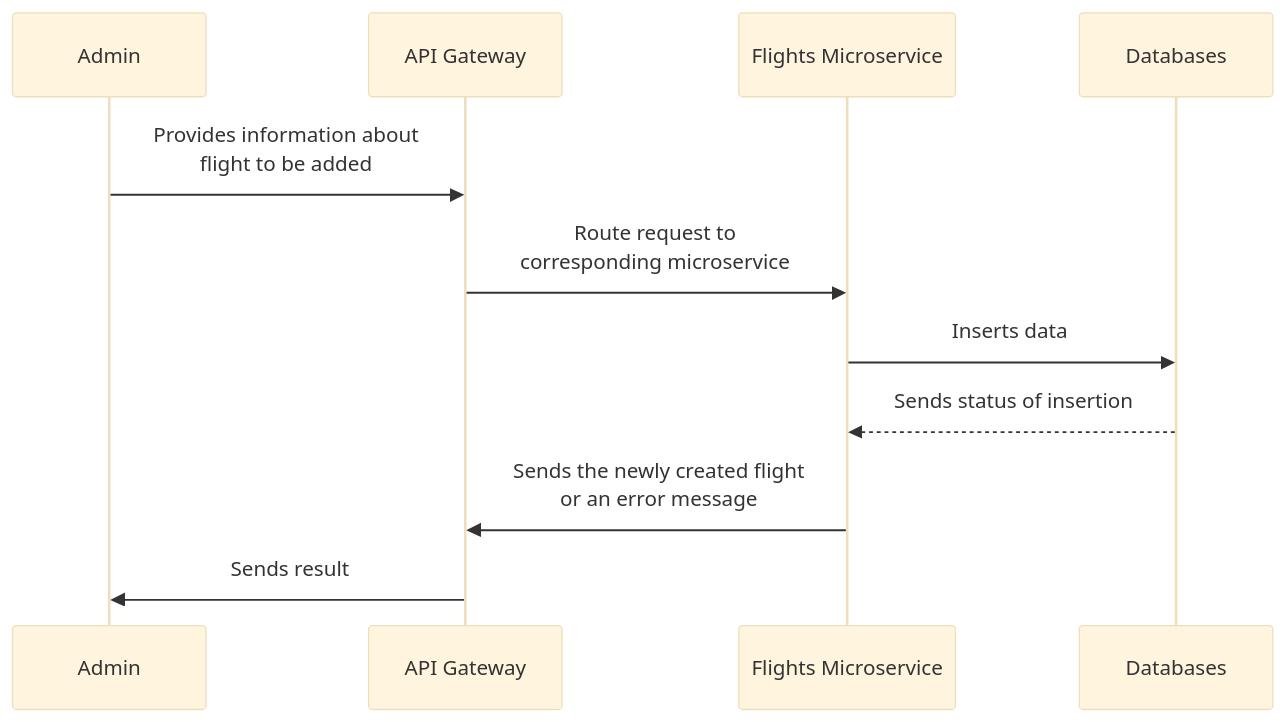
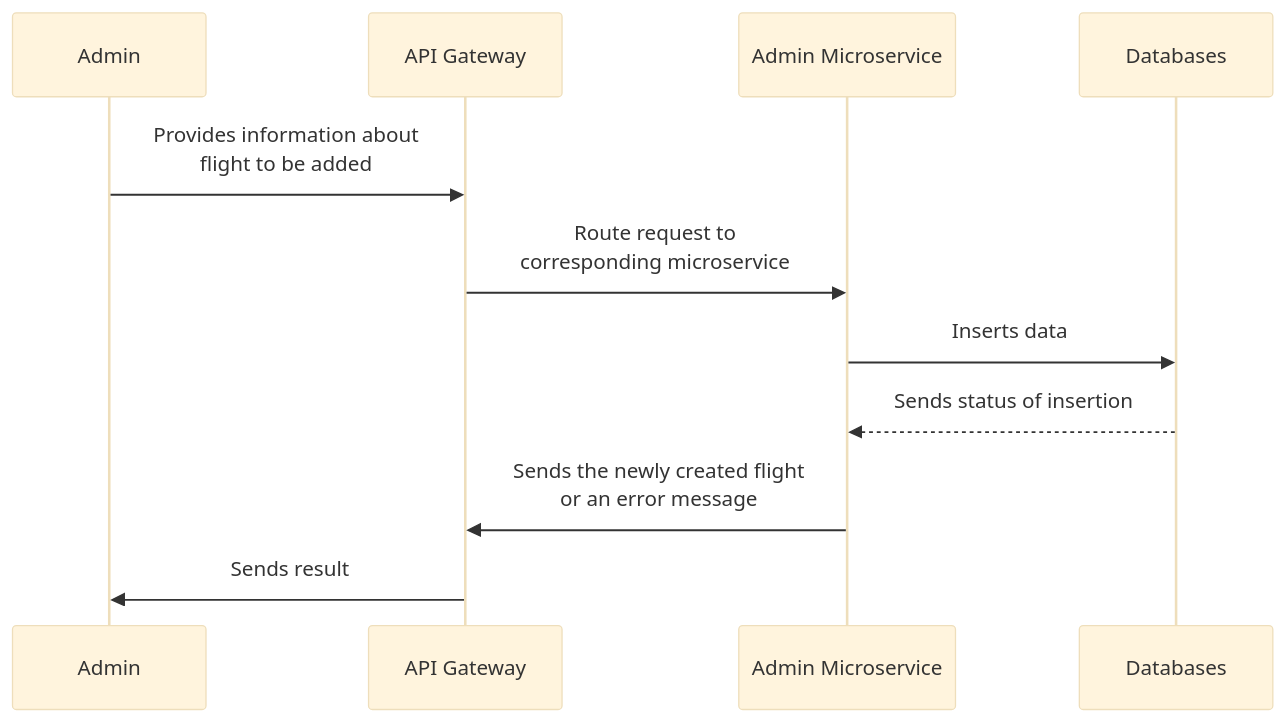
The sixth of 8 diagrams in proj-information.md (selous1/FlightsData), drawn with Mermaid (base theme) before and after one commit. The commit also changed other lines of this file, not shown here.

````diff
--- a/proj-information.md
+++ b/proj-information.md
@@ -110,12 +132,12 @@
 ```mermaid
 
 sequenceDiagram
 
   Admin->>API Gateway: Provides information about <br> flight to be added
-	API Gateway->>Flights Microservice: Route request to <br> corresponding microservice
-  Flights Microservice->>Databases: Inserts data
-	Databases-->>Flights Microservice: Sends status of insertion
-  Flights Microservice->>API Gateway: Sends the newly created flight <br> or an error message
+	API Gateway->>Admin Microservice: Route request to <br> corresponding microservice
+  Admin Microservice->>Databases: Inserts data
+	Databases-->>Admin Microservice: Sends status of insertion
+  Admin Microservice->>API Gateway: Sends the newly created flight <br> or an error message
   API Gateway->>Admin: Sends result
 
 ```
````
